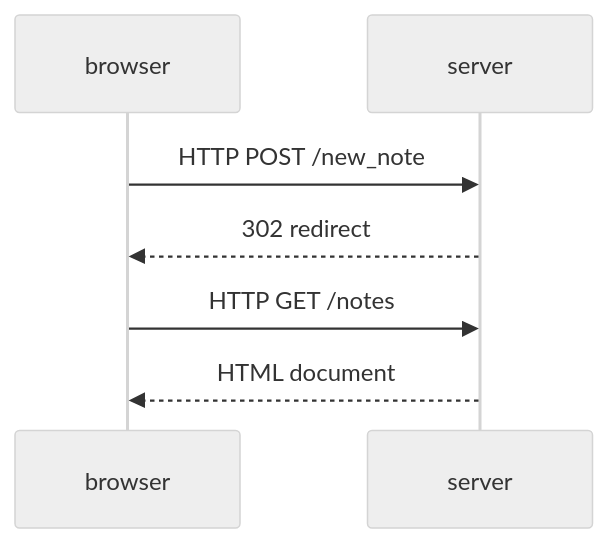
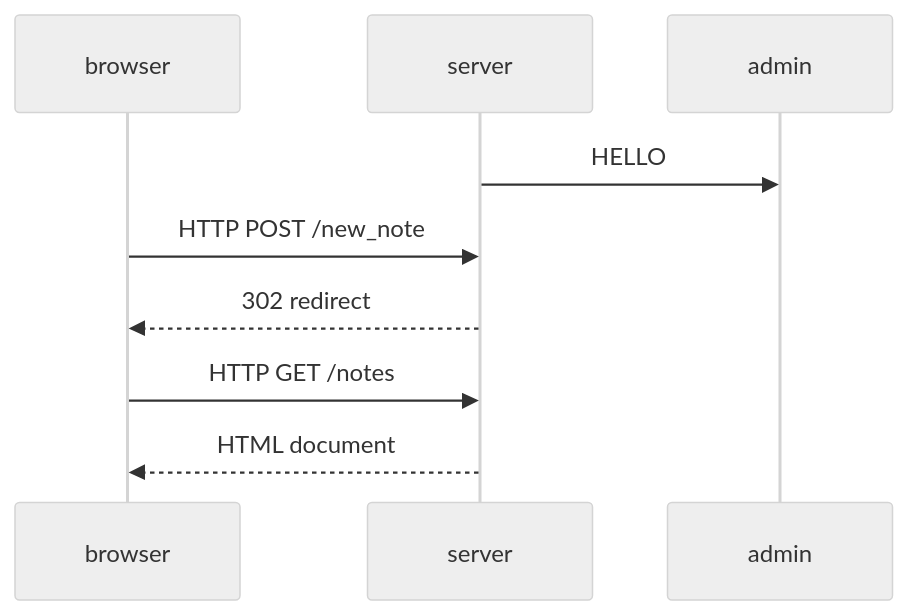
One commit to DilshanCheerangan/FullStack changed the diagram in part0/0.4.md. Above: the diagram before and after it, drawn with Mermaid (neutral theme). The commit also changed 4 other files, not shown here.

````diff
--- a/part0/0.4.md
+++ b/part0/0.4.md
@@ -2,12 +2,12 @@
 ```mermaid
 sequenceDiagram
 participant browser
 participant server
+participant admin
 
-
+server ->> admin: HELLO
 browser ->> server: HTTP POST /new_note
 server -->> browser: 302 redirect
 browser ->> server: HTTP GET /notes
 server -->> browser: HTML document
-
 ```
````
